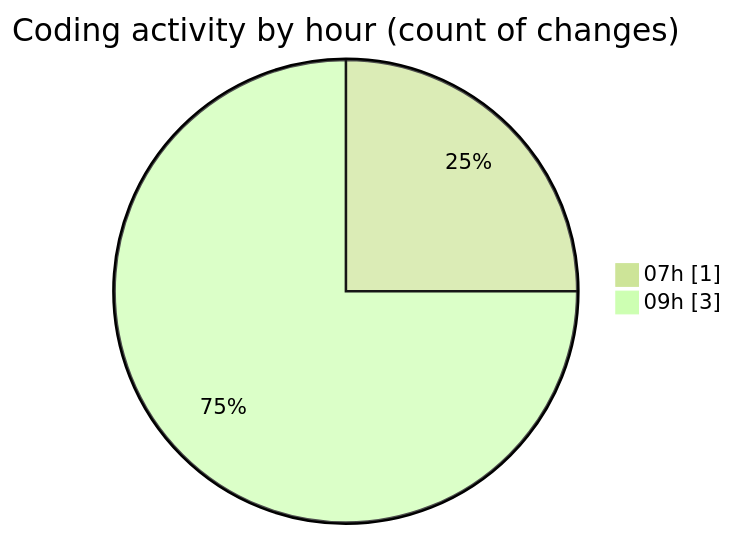
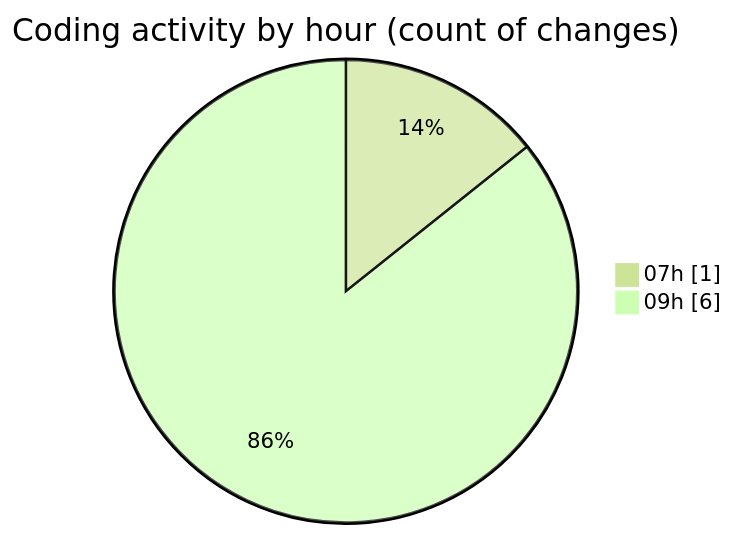
The second of 2 diagrams in 2026-02-17/id_ia/README.md (becaeroporto-bot/code-tracking), drawn with Mermaid (forest theme) before and after one commit. The commit also changed other lines of this file and 1 other file, not shown here.

````diff
--- a/2026-02-17/id_ia/README.md
+++ b/2026-02-17/id_ia/README.md
@@ -32,6 +32,6 @@
 ```mermaid
 pie showData
 title Coding activity by hour (count of changes)
 "07h" : 1
-"09h" : 3
+"09h" : 6
 ```
````
